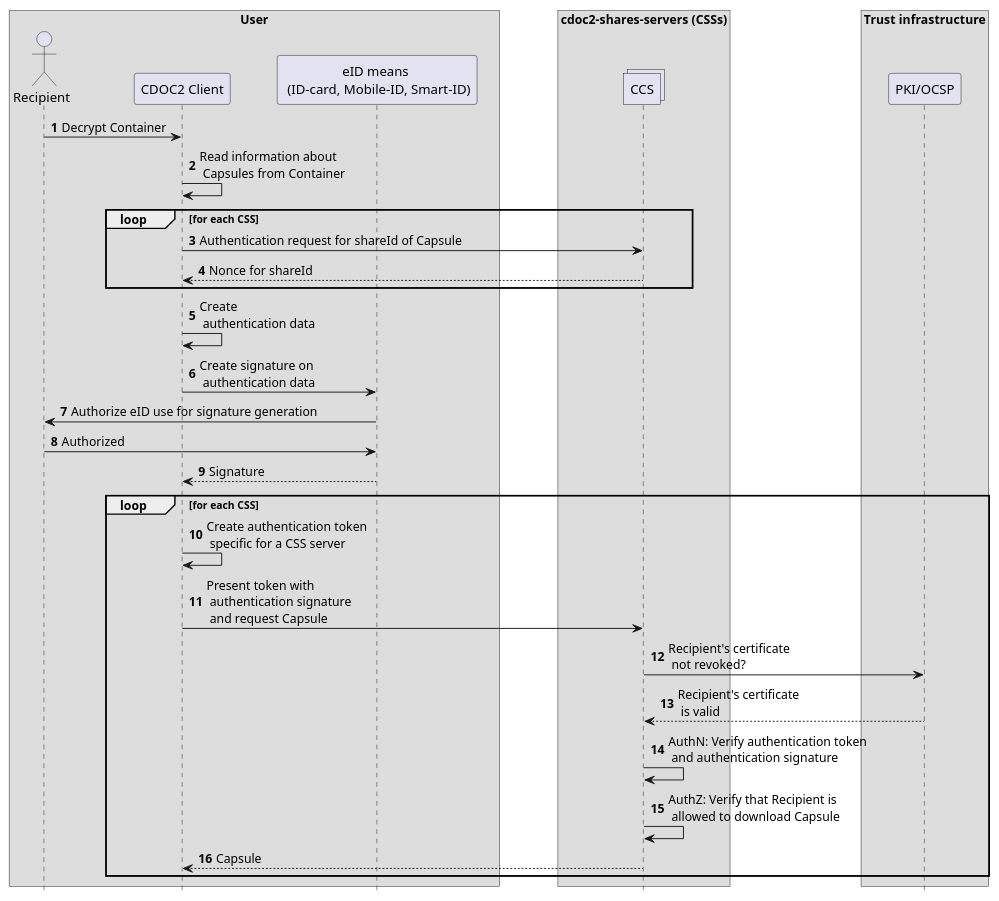
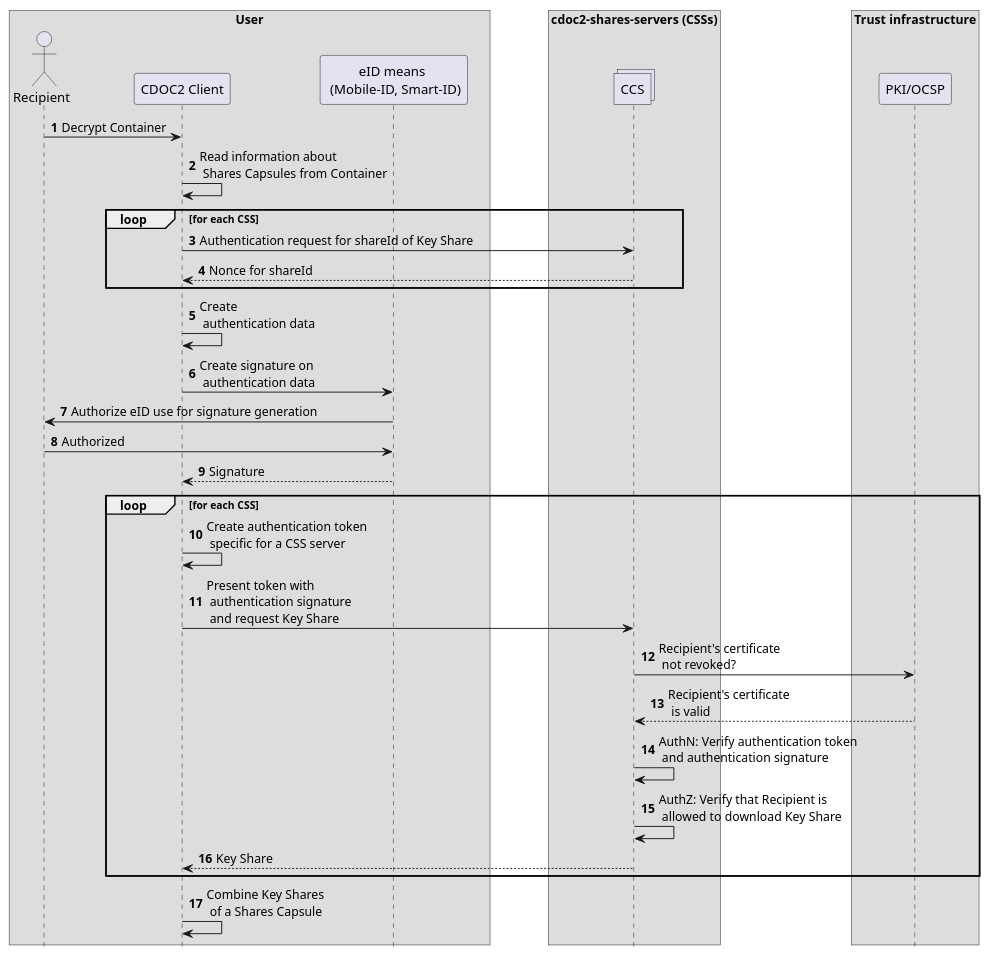
One commit to open-eid/CDOC2 changed the diagram in cdoc2-system-docs/docs/03_system_architecture/ch06_ID_authentication_protocol.md. Above: the diagram before and after it, drawn with PlantUML. The commit also changed other lines of this file and 1 other file, not shown here.

````diff
--- a/cdoc2-system-docs/docs/03_system_architecture/ch06_ID_authentication_protocol.md
+++ b/cdoc2-system-docs/docs/03_system_architecture/ch06_ID_authentication_protocol.md
@@ -34,43 +34,44 @@
 ```plantuml
 @startuml
 skinparam ParticipantPadding 20
 skinparam BoxPadding 30
 hide footbox
 autonumber
 
 box "User"
 Actor Recipient as R
 participant "CDOC2 Client" as C
-participant "eID means \n (ID-card, Mobile-ID, Smart-ID)" as A
+participant "eID means \n (Mobile-ID, Smart-ID)" as A
 end box
 
 box "cdoc2-shares-servers (CSSs)"
 collections CCS as S
 end box
 
 box "Trust infrastructure"
 participant "PKI/OCSP" as PKI
 end box
 
 R -> C: Decrypt Container
-C -> C: Read information about \n Capsules from Container
+C -> C: Read information about \n Shares Capsules from Container
 loop for each CSS
-    C -> S: Authentication request for shareId of Capsule
+    C -> S: Authentication request for shareId of Key Share
     S --> C: Nonce for shareId
 end
 C -> C: Create \n authentication data
 C -> A: Create signature on \n authentication data
 A -> R: Authorize eID use for signature generation
 R -> A: Authorized
 A --> C: Signature
 loop for each CSS
     C -> C: Create authentication token \n specific for a CSS server
-    C -> S: Present token with \n authentication signature \n and request Capsule
+    C -> S: Present token with \n authentication signature \n and request Key Share
     S -> PKI: Recipient's certificate \n not revoked?
     PKI --> S: Recipient's certificate \n is valid
     S -> S: AuthN: Verify authentication token \n and authentication signature
-    S -> S: AuthZ: Verify that Recipient is \n allowed to download Capsule
-    S --> C: Capsule
+    S -> S: AuthZ: Verify that Recipient is \n allowed to download Key Share
+    S --> C: Key Share
 end
+C -> C: Combine Key Shares \n of a Shares Capsule
 @enduml
 ```
````
